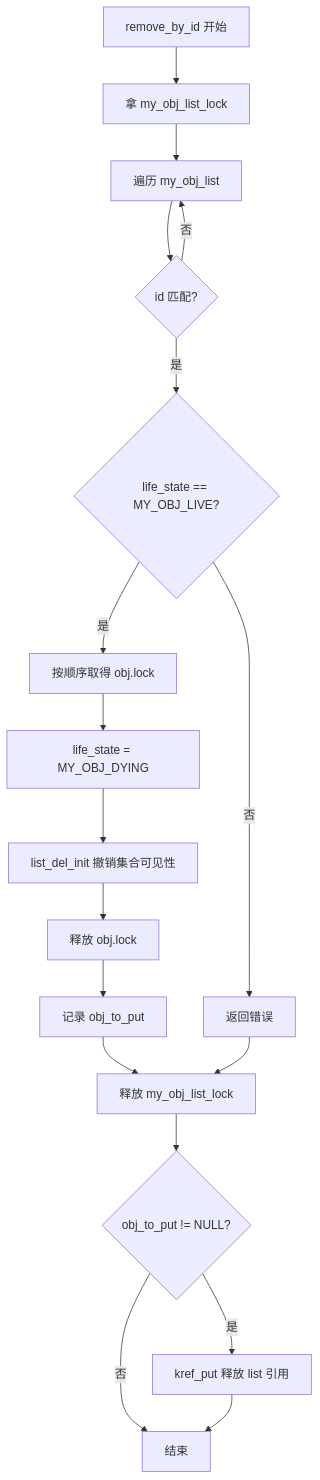
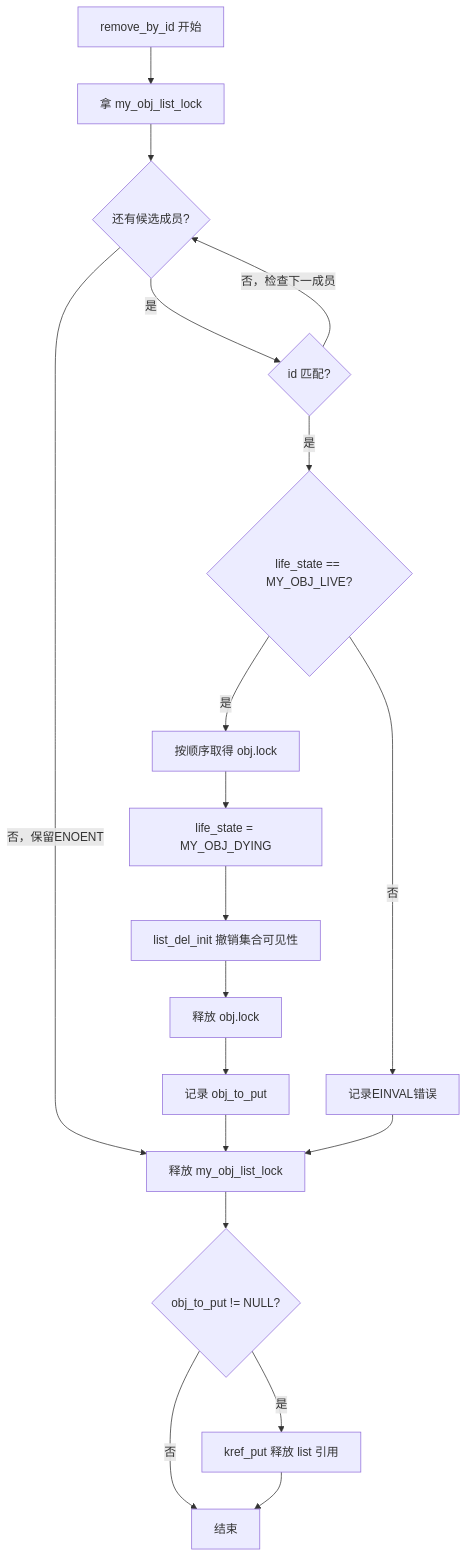
One commit to FormingSystem/linux_note changed the fifth of 13 diagrams in knowledge/linux/object_lifetime/kref/P09_kref_与锁的组合.md. Above: the diagram before and after it, drawn with Mermaid. The commit also changed other lines of this file, not shown here.

````diff
--- a/knowledge/linux/object_lifetime/kref/P09_kref_与锁的组合.md
+++ b/knowledge/linux/object_lifetime/kref/P09_kref_与锁的组合.md
@@ -1074,20 +911,21 @@
 ```mermaid
 flowchart TD
     A[remove_by_id 开始] --> B[拿 my_obj_list_lock]
-    B --> C[遍历 my_obj_list]
-    C --> D{id 匹配?}
-    D -- 否 --> C
+    B --> C{还有候选成员?}
+    C -- 是 --> D{id 匹配?}
+    C -- 否，保留ENOENT --> J
+    D -- 否，检查下一成员 --> C
     D -- 是 --> E{life_state == MY_OBJ_LIVE?}
-    E -- 否 --> F[返回错误]
+    E -- 否 --> F[记录EINVAL错误]
     E -- 是 --> N[按顺序取得 obj.lock]
     N --> G[life_state = MY_OBJ_DYING]
     G --> H[list_del_init 撤销集合可见性]
     H --> U[释放 obj.lock]
     U --> I[记录 obj_to_put]
     I --> J[释放 my_obj_list_lock]
     F --> J
     J --> K{obj_to_put != NULL?}
     K -- 是 --> L[kref_put 释放 list 引用]
     K -- 否 --> M[结束]
     L --> M
 ```
````
